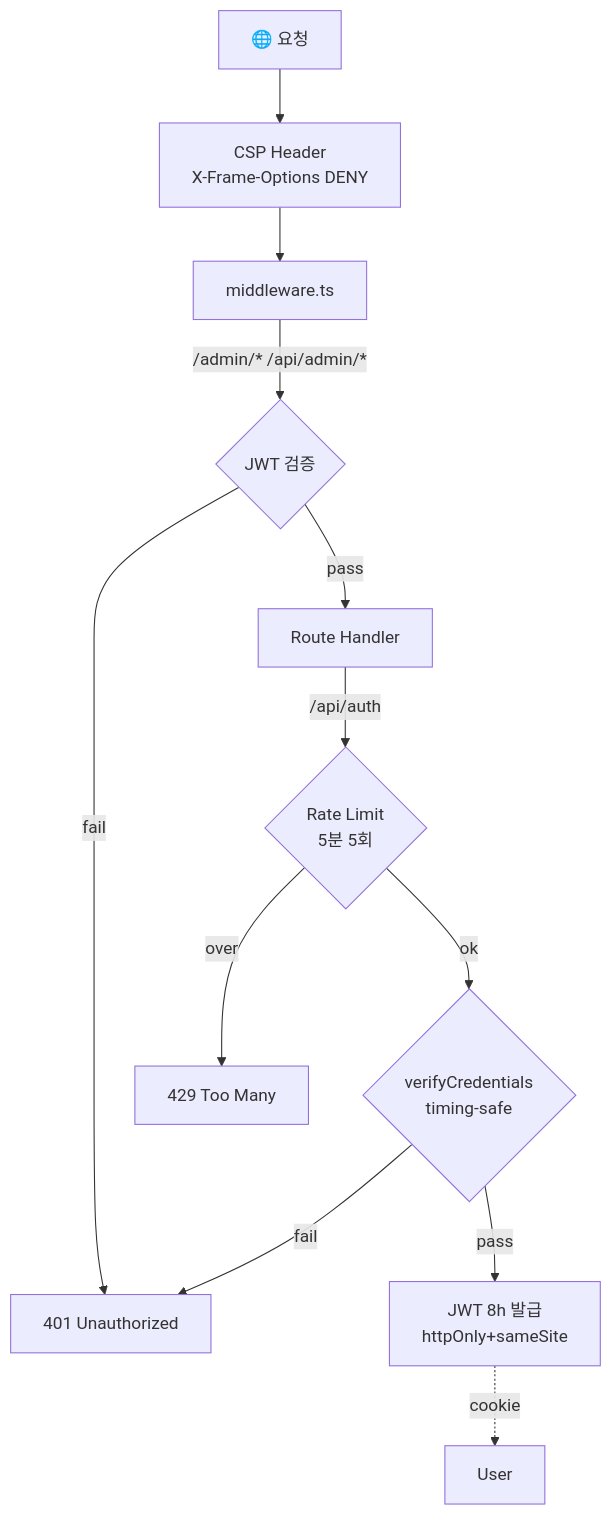
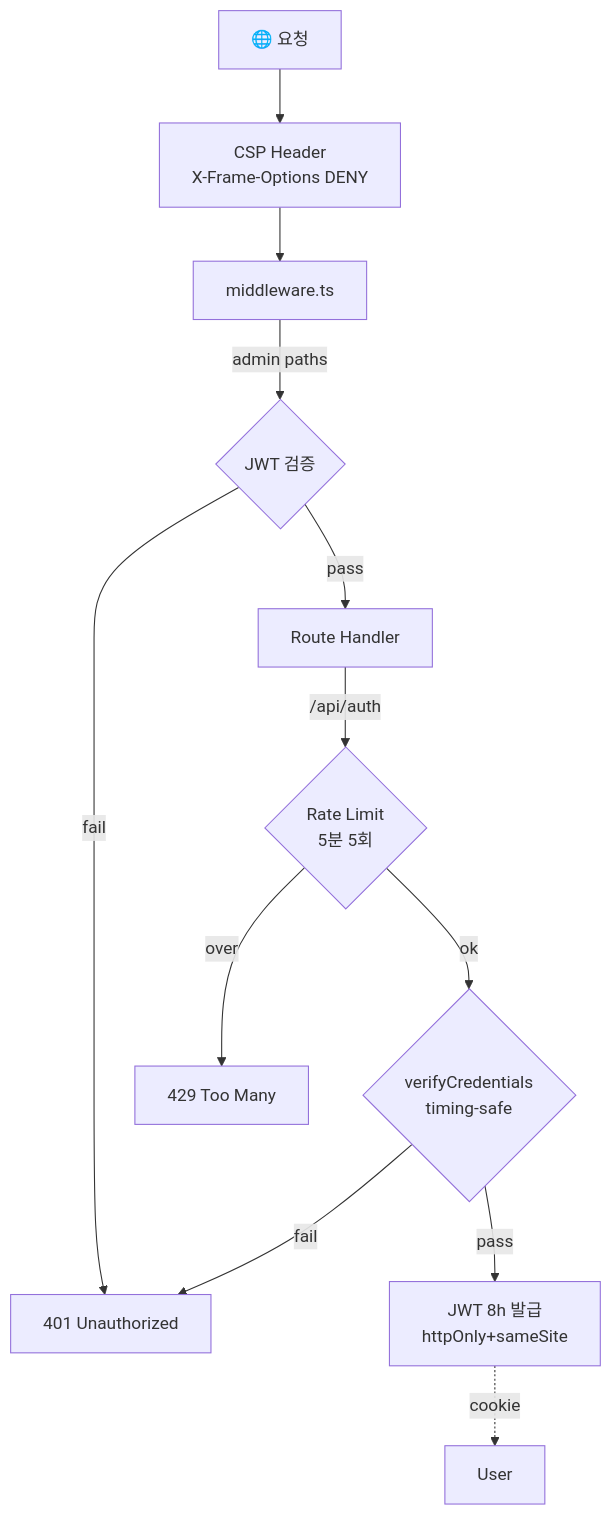
One commit to doublesilver/upstay-website changed the ninth of 11 diagrams in README.md. Above: the diagram before and after it, drawn with Mermaid. The commit also changed other lines of this file, not shown here.

First line of the commit message:
fix(docs): Mermaid 파싱 에러 — 노드 라벨 따옴표 처리

````diff
--- a/README.md
+++ b/README.md
@@ -521,14 +521,14 @@
 ```mermaid
 flowchart TD
-    Req[🌐 요청] --> CSP[CSP Header<br/>X-Frame-Options DENY]
-    CSP --> MW[middleware.ts]
-    MW -->|/admin/* /api/admin/*| JWT{JWT 검증}
-    JWT -->|fail| R401[401 Unauthorized]
-    JWT -->|pass| Route[Route Handler]
-    Route -->|/api/auth| RL{Rate Limit<br/>5분 5회}
-    RL -->|over| R429[429 Too Many]
-    RL -->|ok| Verify{verifyCredentials<br/>timing-safe}
+    Req["🌐 요청"] --> CSP["CSP Header<br/>X-Frame-Options DENY"]
+    CSP --> MW["middleware.ts"]
+    MW -->|admin paths| JWT{"JWT 검증"}
+    JWT -->|fail| R401["401 Unauthorized"]
+    JWT -->|pass| Route["Route Handler"]
+    Route -->|/api/auth| RL{"Rate Limit<br/>5분 5회"}
+    RL -->|over| R429["429 Too Many"]
+    RL -->|ok| Verify{"verifyCredentials<br/>timing-safe"}
     Verify -->|fail| R401
-    Verify -->|pass| Token[JWT 8h 발급<br/>httpOnly+sameSite]
-    Token -.->|cookie| User
+    Verify -->|pass| Token["JWT 8h 발급<br/>httpOnly+sameSite"]
+    Token -.->|cookie| User["User"]
 ```
````
